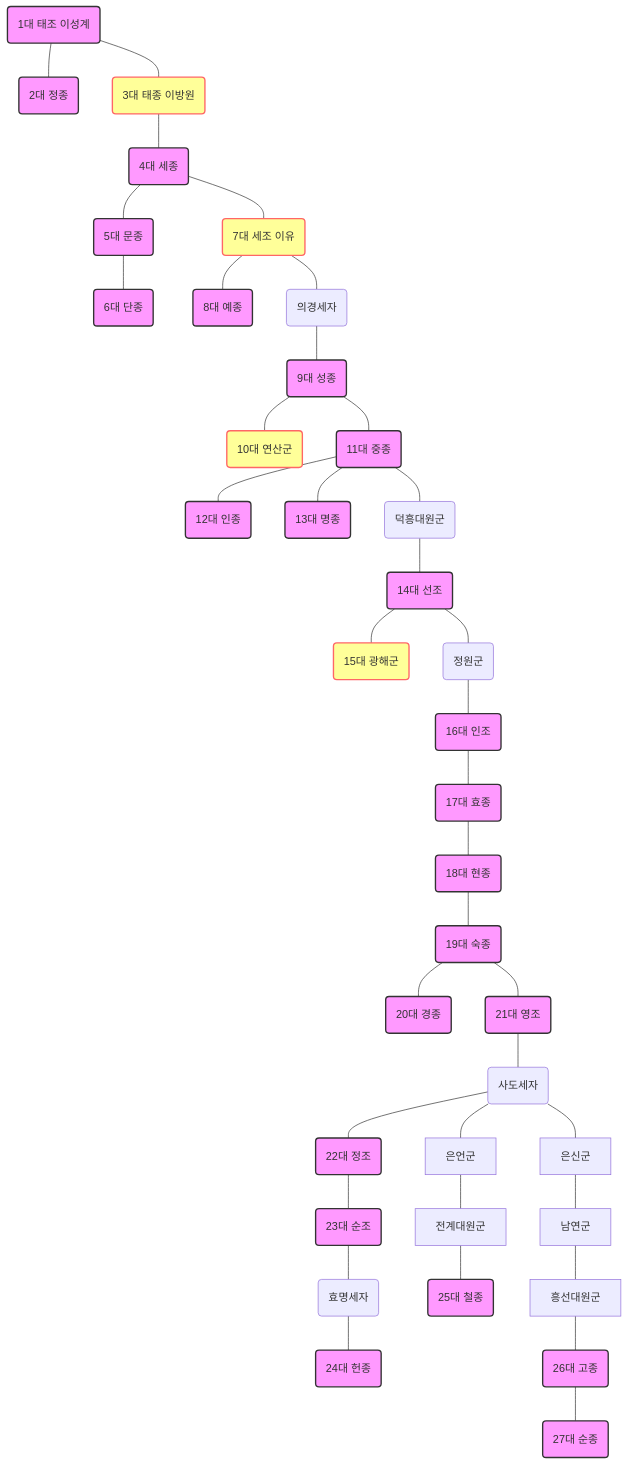
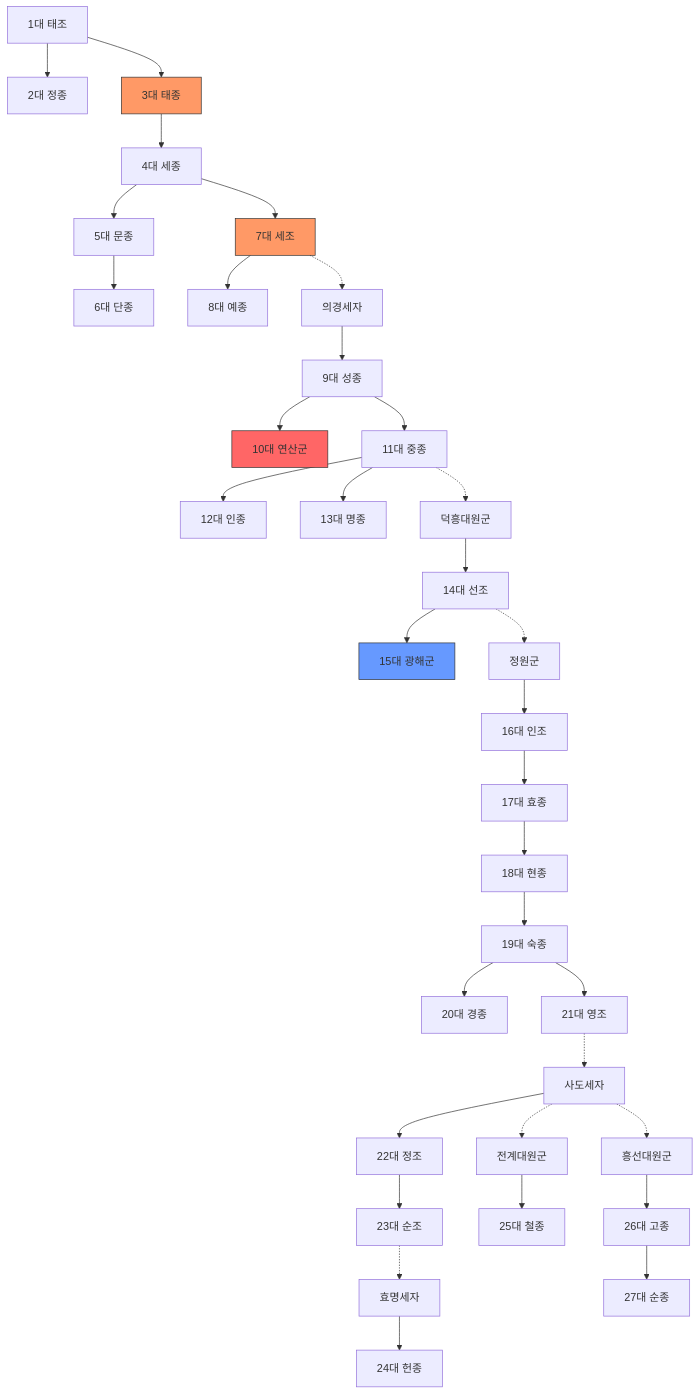
Before and after one commit to daniel00/obsidian_notes_sync_google_drive: the diagram in 역사/조선왕.md, drawn with Mermaid. The commit also changed other lines of this file and 2 other files, not shown here.

Commit message:
vault backup: 2026-02-22 23:57:14

````diff
--- a/역사/조선왕.md
+++ b/역사/조선왕.md
@@ -43,52 +43,50 @@
 ```mermaid
 graph TD
-    %% 스타일 정의
-    classDef king fill:#f9f,stroke:#333,stroke-width:2px;
-    classDef controversial fill:#ff9,stroke:#f66,stroke-width:2px;
+    %% 1. 초기 왕조
+    T1[1대 태조] --> T2[2대 정종]
+    T1 --> T3[3대 태종]
+    T3 --> T4[4대 세종]
+    T4 --> T5[5대 문종]
+    T4 --> T7[7대 세조]
+    
+    T5 --> T6[6대 단종]
+    T7 --> T8[8대 예종]
+    T7 -.-> 의경세자
+    의경세자 --> T9[9대 성종]
+    
+    %% 2. 중기 왕조
+    T9 --> T10[10대 연산군]
+    T9 --> T11[11대 중종]
+    T11 --> T12[12대 인종]
+    T11 --> T13[13대 명종]
+    T11 -.-> 덕흥대원군
+    덕흥대원군 --> T14[14대 선조]
+    
+    %% 3. 왜란/호란기
+    T14 --> T15[15대 광해군]
+    T14 -.-> 정원군
+    정원군 --> T16[16대 인조]
+    T16 --> T17[17대 효종]
+    T17 --> T18[18대 현종]
+    T18 --> T19[19대 숙종]
+    
+    %% 4. 후기 왕조
+    T19 --> T20[20대 경종]
+    T19 --> T21[21대 영조]
+    T21 -.-> 사도세자
+    사도세자 --> T22[22대 정조]
+    T22 --> T23[23대 순조]
+    T23 -.-> 효명세자
+    효명세자 --> T24[24대 헌종]
+    
+    %% 5. 세도정치 및 말기
+    사도세자 -.-> 전계대원군 --> T25[25대 철종]
+    사도세자 -.-> 흥선대원군 --> T26[26대 고종]
+    T26 --> T27[27대 순종]
 
-    %% 왕조 흐름
-    T1(1대 태조 이성계) --- T2(2대 정종)
-    T1 --- T3(3대 태종 이방원)
-    T3 --- T4(4대 세종)
-    T4 --- T5(5대 문종)
-    T4 --- T7(7대 세조 이유)
-    
-    T5 --- T6(6대 단종)
-    T7 --- T8(8대 예종)
-    T7 --- 의경세자(의경세자)
-    
-    의경세자 --- T9(9대 성종)
-    T9 --- T10(10대 연산군)
-    T9 --- T11(11대 중종)
-    
-    T11 --- T12(12대 인종)
-    T11 --- T13(13대 명종)
-    T11 --- 덕흥대원군(덕흥대원군)
-    
-    덕흥대원군 --- T14(14대 선조)
-    T14 --- T15(15대 광해군)
-    T14 --- 정원군(정원군)
-    
-    정원군 --- T16(16대 인조)
-    T16 --- T17(17대 효종)
-    T17 --- T18(18대 현종)
-    T18 --- T19(19대 숙종)
-    
-    T19 --- T20(20대 경종)
-    T19 --- T21(21대 영조)
-    T21 --- 사도세자(사도세자)
-    사도세자 --- T22(22대 정조)
-    
-    T22 --- T23(23대 순조)
-    T23 --- 효명세자(효명세자)
-    효명세자 --- T24(24대 헌종)
-    
-    %% 방계 승계
-    사도세자 --- 은언군 --- 전계대원군 --- T25(25대 철종)
-    사도세자 --- 은신군 --- 남연군 --- 흥선대원군 --- T26(26대 고종)
-    T26 --- T27(27대 순종)
-
-    %% 스타일 적용
-    class T3,T7,T10,T15 controversial;
-    class T1,T2,T4,T5,T6,T8,T9,T11,T12,T13,T14,T16,T17,T18,T19,T20,T21,T22,T23,T24,T25,T26,T27 king;
+    %% 스타일링
+    style T3 fill:#f96,stroke:#333
+    style T7 fill:#f96,stroke:#333
+    style T10 fill:#f66,stroke:#333
+    style T15 fill:#69f,stroke:#333
 ```
````
